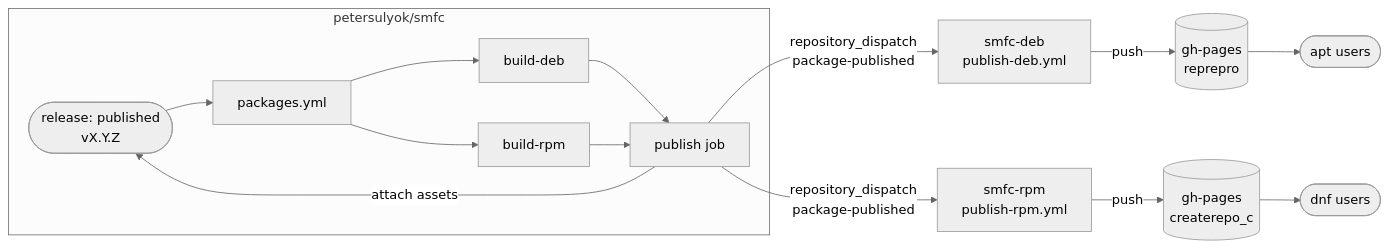
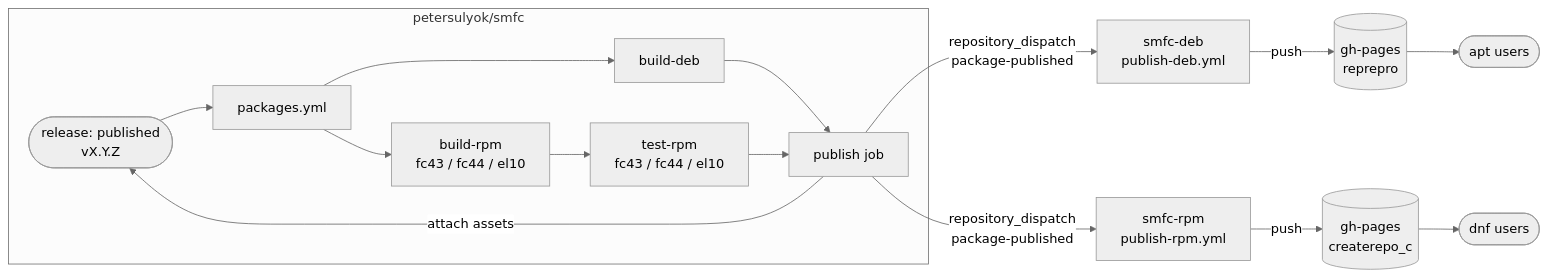
Diagram 11 of 11 in ARCHITECTURE.md (petersulyok/smfc), drawn with Mermaid (neutral theme) before and after one commit. The commit also changed other lines of this file and 3 other files, not shown here.

````diff
--- a/ARCHITECTURE.md
+++ b/ARCHITECTURE.md
@@ -1474,17 +1474,18 @@
 ```mermaid
 flowchart LR
     REL([release: published<br/>vX.Y.Z]) --> PKG[packages.yml]
     subgraph smfc[petersulyok/smfc]
         PKG --> BD[build-deb]
-        PKG --> BR[build-rpm]
+        PKG --> BR[build-rpm<br/>fc43 / fc44 / el10]
+        BR --> TR[test-rpm<br/>fc43 / fc44 / el10]
         BD --> PUB[publish job]
-        BR --> PUB
+        TR --> PUB
         PUB -- attach assets --> REL
     end
     PUB -- repository_dispatch<br/>package-published --> DEB[smfc-deb<br/>publish-deb.yml]
     PUB -- repository_dispatch<br/>package-published --> RPM[smfc-rpm<br/>publish-rpm.yml]
     DEB -- push --> GHP1[(gh-pages<br/>reprepro)]
     RPM -- push --> GHP2[(gh-pages<br/>createrepo_c)]
     GHP1 --> AU([apt users])
     GHP2 --> DU([dnf users])
 ```
````
